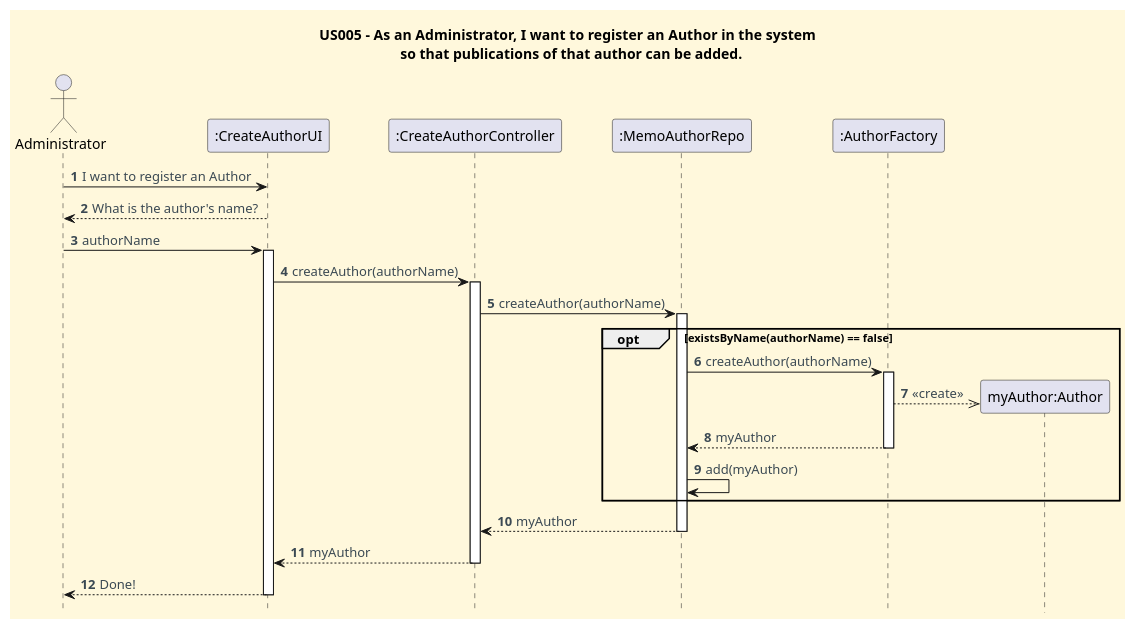
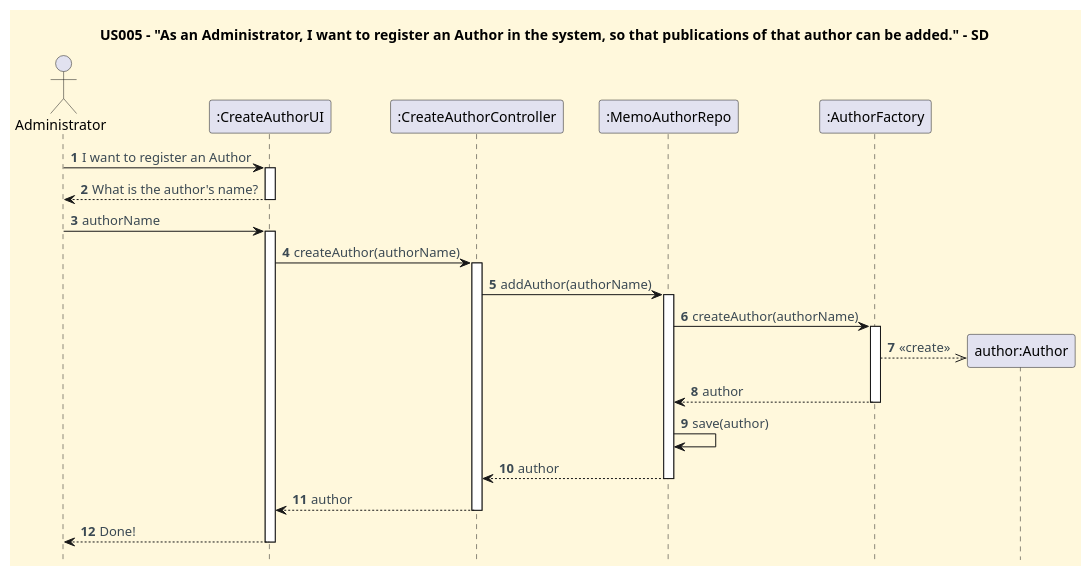
One commit to CarolinaLeite-collab/JavaMarketplacePlatform changed the diagram in docs/user-stories/US005/US005_to_register_an_author_SD.puml. Above: the diagram before and after it, drawn with PlantUML. The commit also changed 1 other file, not shown here.

Commit message:
docs: updated US005 CD and SD Diagrams to comply with DDD refactor -  refs #522

```diff
--- a/docs/user-stories/US005/US005_to_register_an_author_SD.puml
+++ b/docs/user-stories/US005/US005_to_register_an_author_SD.puml
@@ -1,52 +1,60 @@
 @startuml
-title US005 - As an Administrator, I want to register an Author in the system \n so that publications of that author can be added.
-hidefootbox
+'==== Title ====
+title US005 - "As an Administrator, I want to register an Author in the system, so that publications of that author can be added." - SD
 
+
+'==== basic style ====
 skinparam monochrome false
 skinparam shadowing false
 skinparam defaultFontName Futura
 skinparam objectFontSize 20
 skinparam backgroundColor CornSilk
 skinparam objectBackgroundColor WhiteSmoke
 skinparam noteBackgroundColor #FFFFE0
 skinparam ArrowFontColor #3B4953
 skinparam ActivationBackgroundColor black
-
+hidefootbox
 autonumber
 autoactivate off
 
+
+' ==== Actor and participants ====
 actor Administrator
 
 
+'==== UI interaction ====
 Administrator -> ":CreateAuthorUI": I want to register an Author
+activate ":CreateAuthorUI"
+
 ":CreateAuthorUI" --> Administrator: What is the author's name?
+deactivate ":CreateAuthorUI"
 
 Administrator -> ":CreateAuthorUI": authorName
 activate ":CreateAuthorUI"
 
 ":CreateAuthorUI" -> ":CreateAuthorController": createAuthor(authorName)
 
 activate ":CreateAuthorController"
-":CreateAuthorController"-> ":MemoAuthorRepo": createAuthor(authorName)
+":CreateAuthorController"-> ":MemoAuthorRepo": addAuthor(authorName)
 
 activate ":MemoAuthorRepo"
-opt existsByName(authorName) == false
 ":MemoAuthorRepo" -> ":AuthorFactory": createAuthor(authorName)
 
 activate ":AuthorFactory"
-create "myAuthor:Author"
-":AuthorFactory" -->> "myAuthor:Author": <<create>>
-":AuthorFactory" --> ":MemoAuthorRepo": myAuthor
+create "author:Author"
+":AuthorFactory" -->> "author:Author": <<create>>
+":AuthorFactory" --> ":MemoAuthorRepo": author
 deactivate ":AuthorFactory"
-":MemoAuthorRepo" -> ":MemoAuthorRepo": add(myAuthor)
-end
-":MemoAuthorRepo" --> ":CreateAuthorController": myAuthor
+":MemoAuthorRepo" -> ":MemoAuthorRepo": save(author)
+
+
+":MemoAuthorRepo" --> ":CreateAuthorController": author
 deactivate ":MemoAuthorRepo"
 
-":CreateAuthorController" --> ":CreateAuthorUI": myAuthor
+":CreateAuthorController" --> ":CreateAuthorUI": author
 deactivate ":CreateAuthorController"
 
 ":CreateAuthorUI" --> Administrator: Done!
 deactivate ":CreateAuthorUI"
 
 @enduml
```
